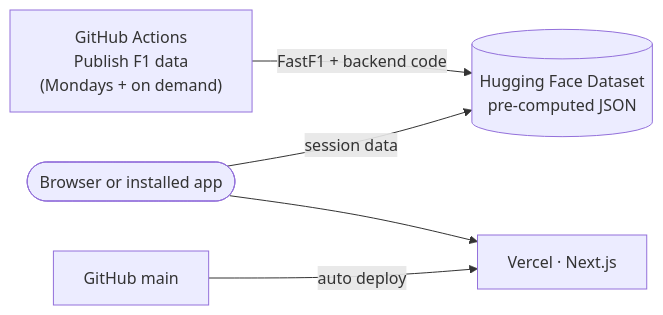
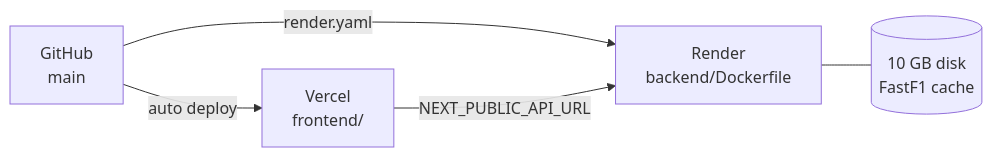
The fourth of 4 diagrams in README.md (ultron513/F1-Telemetry-Dashboard-2025), drawn with Mermaid before and after one commit. The commit also changed other lines of this file and 42 other files, not shown here.

First line of the commit message:
Revert deployment changes (Vercel/Hugging Face, PWA, static export)

````diff
--- a/README.md
+++ b/README.md
@@ -467,7 +454,7 @@
 ```mermaid
 flowchart LR
-    GA["GitHub Actions<br/>Publish F1 data<br/>(Mondays + on demand)"] -->|"FastF1 + backend code"| D[("Hugging Face Dataset<br/>pre-computed JSON")]
-    U([Browser or installed app]) --> V["Vercel · Next.js"]
-    U -->|"session data"| D
-    GH["GitHub main"] -->|"auto deploy"| V
+    GH["GitHub<br/>main"] -->|"auto deploy"| V["Vercel<br/>frontend/"]
+    GH -->|"render.yaml"| R["Render<br/>backend/Dockerfile"]
+    R --- D[("10 GB disk<br/>FastF1 cache")]
+    V -->|"NEXT_PUBLIC_API_URL"| R
 ```
````
